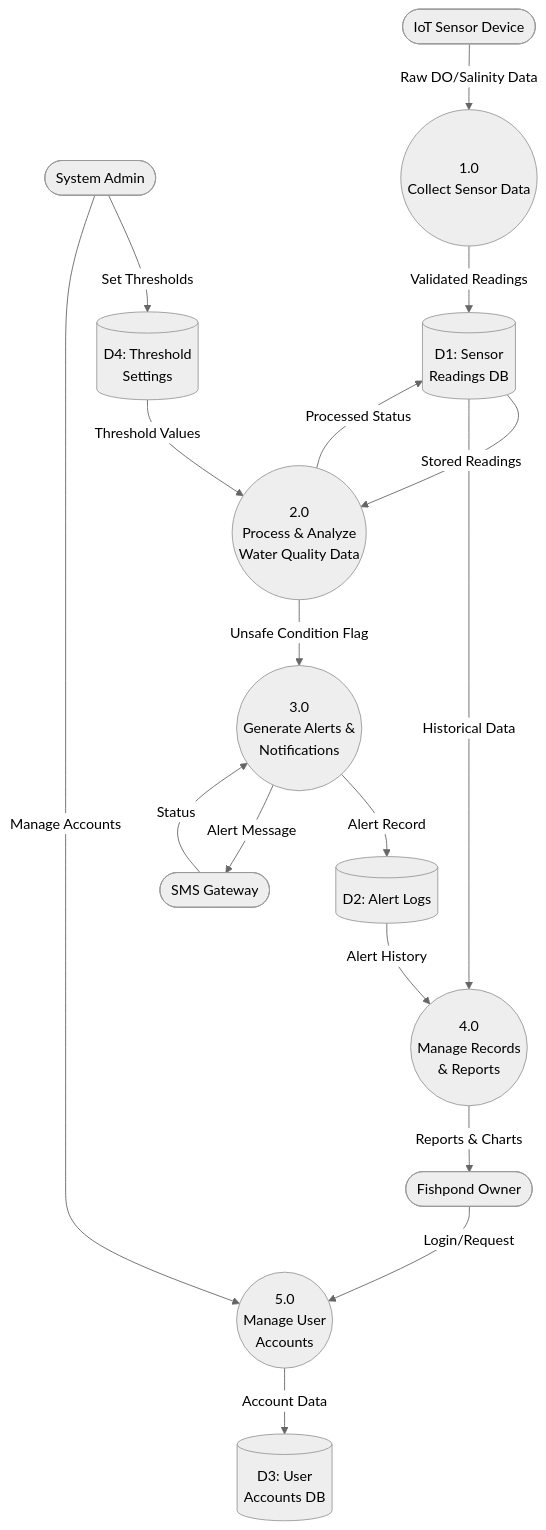
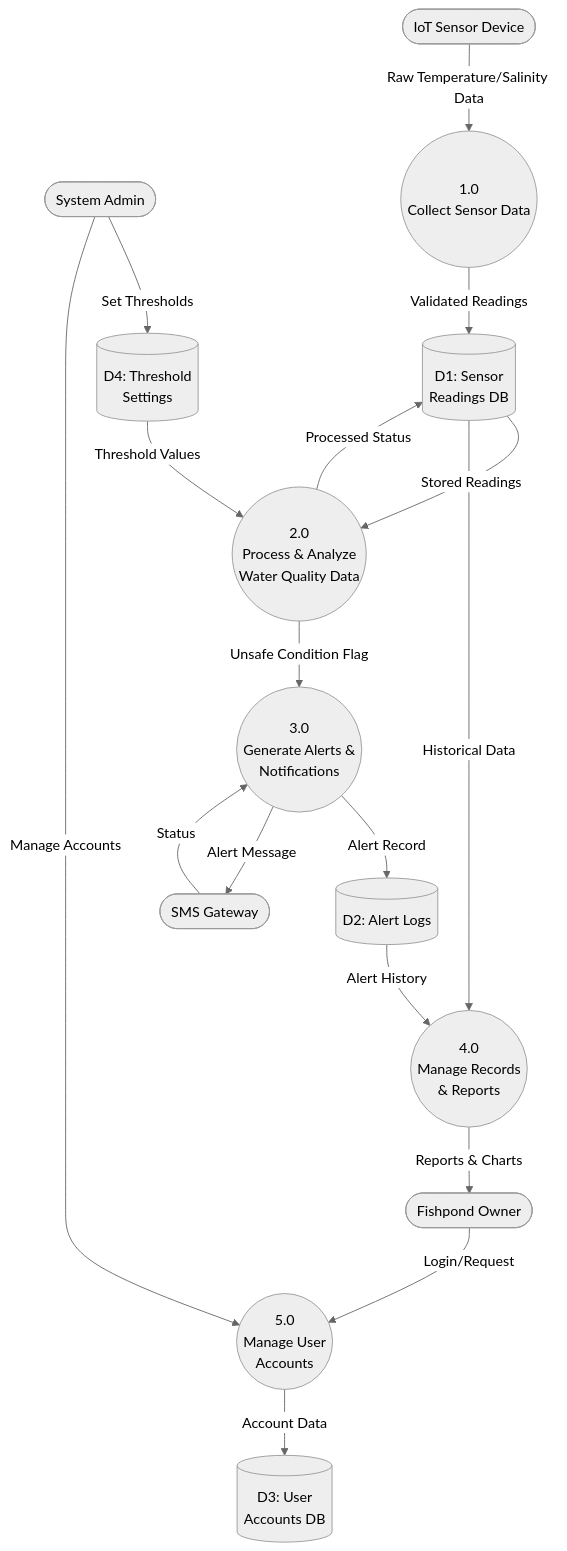
The second of 3 diagrams in Graphs_and_Charts/01_DFD.md (belarminoivan48-crypto/AquaTherm), drawn with Mermaid (neutral theme) before and after one commit. The commit also changed other lines of this file and 6 other files, not shown here.

````diff
--- a/Graphs_and_Charts/01_DFD.md
+++ b/Graphs_and_Charts/01_DFD.md
@@ -26,35 +39,35 @@
 ```mermaid
 flowchart TD
     Owner([Fishpond Owner])
     Sensor([IoT Sensor Device])
     SMSGate([SMS Gateway])
     Admin([System Admin])
 
     P1((1.0<br/>Collect Sensor Data))
     P2((2.0<br/>Process & Analyze<br/>Water Quality Data))
     P3((3.0<br/>Generate Alerts &<br/>Notifications))
     P4((4.0<br/>Manage Records<br/>& Reports))
     P5((5.0<br/>Manage User<br/>Accounts))
 
     D1[(D1: Sensor<br/>Readings DB)]
     D2[(D2: Alert Logs)]
     D3[(D3: User<br/>Accounts DB)]
     D4[(D4: Threshold<br/>Settings)]
 
-    Sensor -->|Raw DO/Salinity Data| P1
+    Sensor -->|Raw Temperature/Salinity Data| P1
     P1 -->|Validated Readings| D1
     D1 -->|Stored Readings| P2
     D4 -->|Threshold Values| P2
     P2 -->|Processed Status| D1
     P2 -->|Unsafe Condition Flag| P3
     P3 -->|Alert Record| D2
     P3 -->|Alert Message| SMSGate
     SMSGate -->|Status| P3
     D1 -->|Historical Data| P4
     D2 -->|Alert History| P4
     P4 -->|Reports & Charts| Owner
     Owner -->|Login/Request| P5
     P5 -->|Account Data| D3
     Admin -->|Set Thresholds| D4
     Admin -->|Manage Accounts| P5
 ```
````
